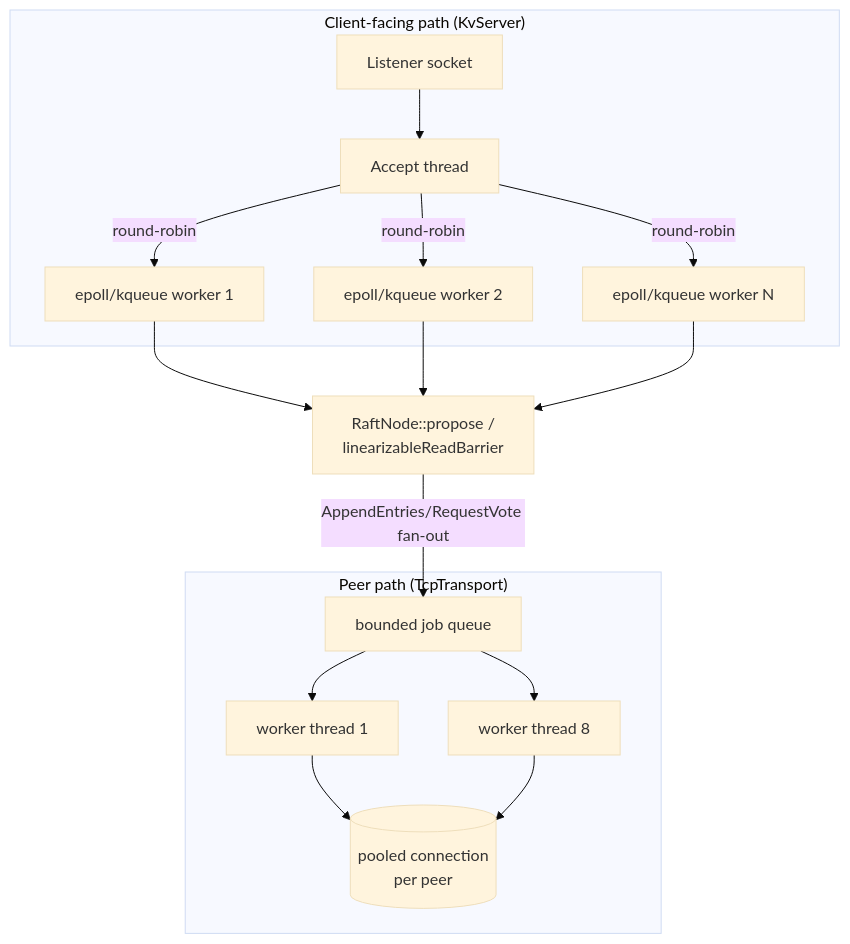
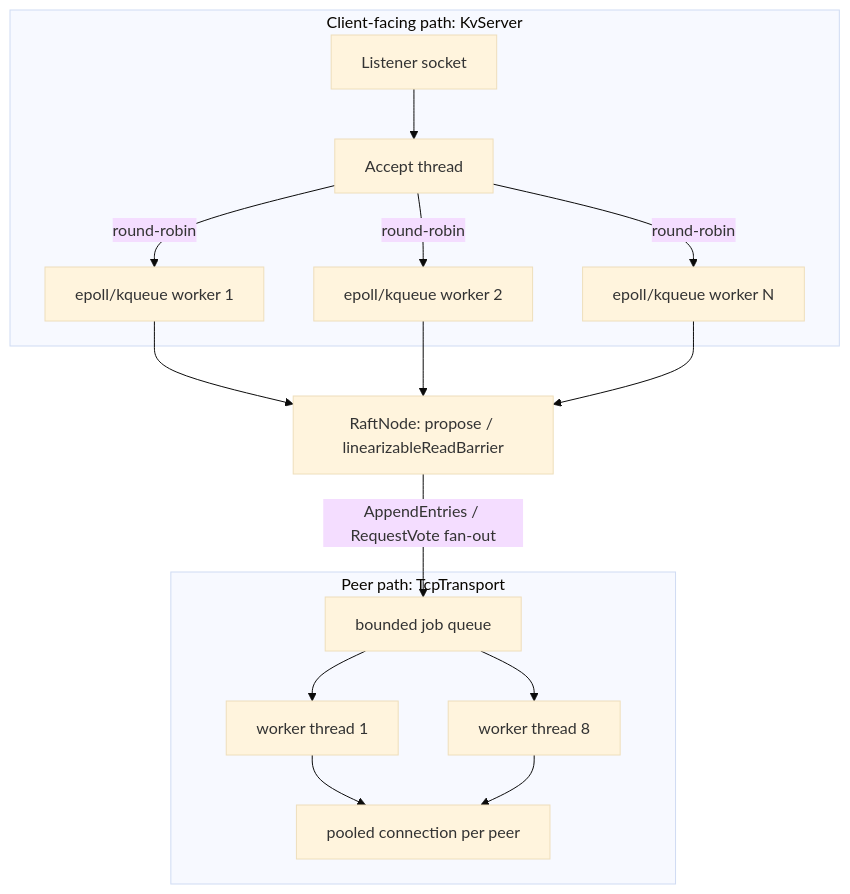
One commit to IITApurba/Distributed_Key-Value_Store_-_Raft changed the fourth of 10 diagrams in README.md. Above: the diagram before and after it, drawn with Mermaid (base theme). The commit also changed other lines of this file, not shown here.

First line of the commit message:
Fix mermaid diagram syntax errors in README

````diff
--- a/README.md
+++ b/README.md
@@ -201,20 +207,22 @@
 ```mermaid
 flowchart TB
-    subgraph "Client-facing path (KvServer)"
-        L[Listener socket] --> A[Accept thread]
-        A -->|round-robin| W1[epoll/kqueue worker 1]
-        A -->|round-robin| W2[epoll/kqueue worker 2]
-        A -->|round-robin| WN[epoll/kqueue worker N]
+    subgraph client_path["Client-facing path: KvServer"]
+        L["Listener socket"] --> A["Accept thread"]
+        A -->|round-robin| W1["epoll/kqueue worker 1"]
+        A -->|round-robin| W2["epoll/kqueue worker 2"]
+        A -->|round-robin| WN["epoll/kqueue worker N"]
     end
-    W1 --> RN[RaftNode::propose /<br/>linearizableReadBarrier]
+
+    RN["RaftNode: propose / linearizableReadBarrier"]
+    W1 --> RN
     W2 --> RN
     WN --> RN
 
-    subgraph "Peer path (TcpTransport)"
-        Q[bounded job queue] --> T1[worker thread 1]
-        Q --> T2[worker thread 8]
-        T1 --> Pool[(pooled connection<br/>per peer)]
+    subgraph peer_path["Peer path: TcpTransport"]
+        Q["bounded job queue"] --> T1["worker thread 1"]
+        Q --> T2["worker thread 8"]
+        T1 --> Pool["pooled connection per peer"]
         T2 --> Pool
     end
-    RN -->|AppendEntries/RequestVote fan-out| Q
+    RN -->|"AppendEntries / RequestVote fan-out"| Q
 ```
````
